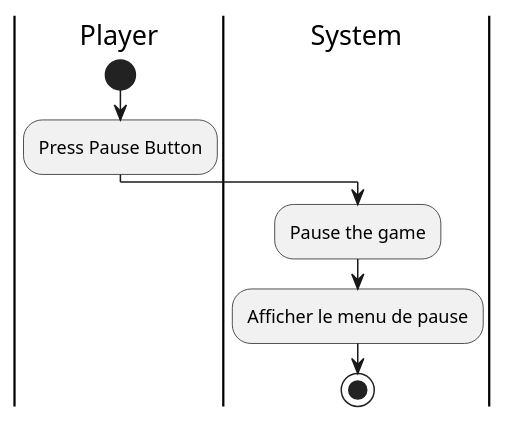
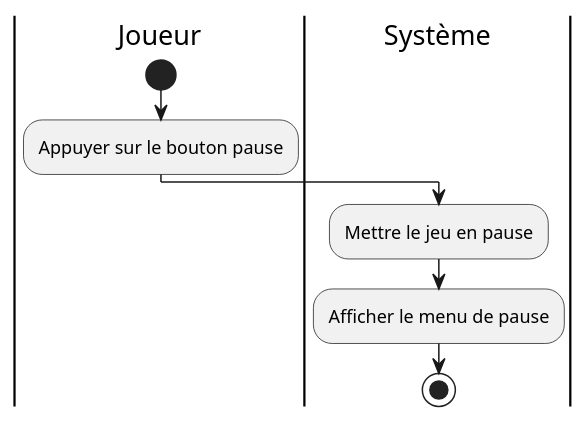
The diagram in Analyse/UseCase/pause.puml (LosVerinos/Crossy-Road), drawn with PlantUML before and after one commit. The commit also changed 13 other files, not shown here.

Commit message:
Modifications de certains diagrammes

```diff
--- a/Analyse/UseCase/pause.puml
+++ b/Analyse/UseCase/pause.puml
@@ -1,10 +1,10 @@
 @startuml pauseUC
-|Player|
+|Joueur|
 start
-:Press Pause Button;
+:Appuyer sur le bouton pause;
 
-|System|
-:Pause the game;
+|Système|
+:Mettre le jeu en pause;
 :Afficher le menu de pause;
 stop
 @enduml
```
